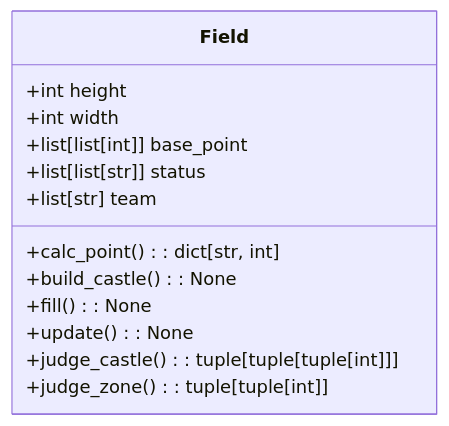
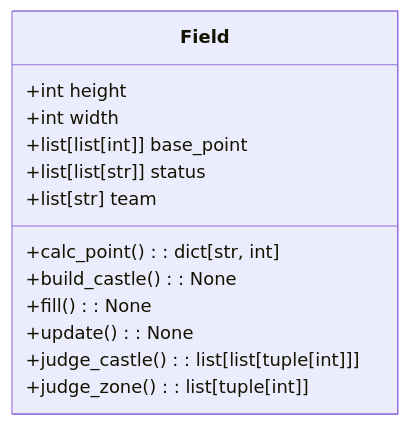
One commit to nanigasi-san/procon-31-judge-server changed the diagram in docs/judge/class.mermaid. Above: the diagram before and after it, drawn with Mermaid. The commit also changed 6 other files, not shown here.

```diff
--- a/docs/judge/class.mermaid
+++ b/docs/judge/class.mermaid
@@ -1,14 +1,14 @@
 classDiagram
     class Field {
         +int height
         +int width
         +list[list[int]] base_point
         +list[list[str]] status
         +list[str] team
         +calc_point(): dict[str, int]
         +build_castle(): None
         +fill(): None
         +update(): None
-        +judge_castle(): tuple[tuple[tuple[int]]]
-        +judge_zone(): tuple[tuple[int]]
+        +judge_castle(): list[list[tuple[int]]]
+        +judge_zone(): list[tuple[int]]
     }
```
